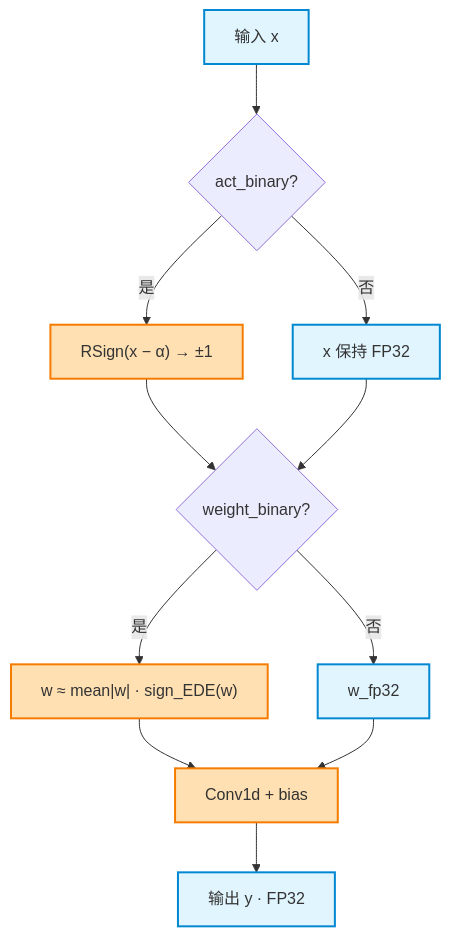
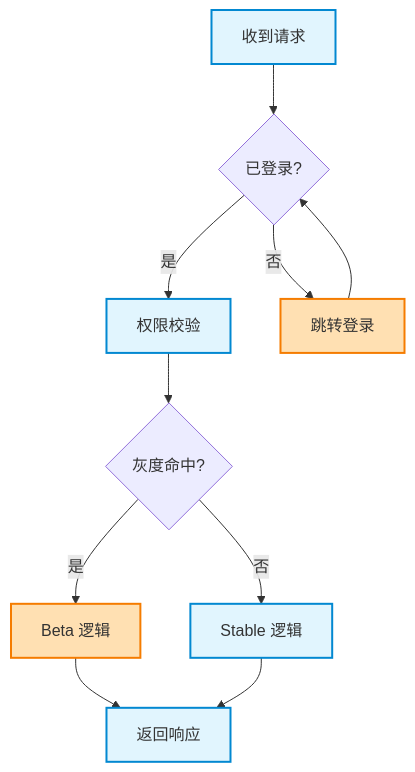
Before and after one commit to QJH-0/.ai-shared: the third of 5 diagrams in skills/mermaid-master/SKILL.md, drawn with Mermaid. The commit also changed other lines of this file and 8 other files, not shown here.

````diff
--- a/skills/mermaid-master/SKILL.md
+++ b/skills/mermaid-master/SKILL.md
@@ -116,16 +110,15 @@
 ```mermaid
 flowchart TD
-    classDef bin fill:#ffe0b2,stroke:#f57c00,stroke-width:2px
-    classDef fp fill:#e1f5fe,stroke:#0288d1,stroke-width:2px
+    classDef normal fill:#e1f5fe,stroke:#0288d1,stroke-width:2px
+    classDef special fill:#ffe0b2,stroke:#f57c00,stroke-width:2px
 
-    inp["输入 x"]:::fp --> d1{"act_binary?"}
-    d1 -->|"是"| act["RSign(x − α) → ±1"]:::bin
-    d1 -->|"否"| pass["x 保持 FP32"]:::fp
-    act --> d2{"weight_binary?"}
-    pass --> d2
-    d2 -->|"是"| wb["w ≈ mean|w| · sign_EDE(w)"]:::bin
-    d2 -->|"否"| wf["w_fp32"]:::fp
-    wb --> conv["Conv1d + bias"]:::bin
-    wf --> conv
-    conv --> out["输出 y · FP32"]:::fp
+    input["收到请求"]:::normal --> v1{"已登录?"}
+    v1 -->|"是"| check["权限校验"]:::normal
+    v1 -->|"否"| login["跳转登录"]:::special
+    login --> v1
+    check --> v2{"灰度命中?"}
+    v2 -->|"是"| beta["Beta 逻辑"]:::special
+    v2 -->|"否"| stable["Stable 逻辑"]:::normal
+    beta --> resp["返回响应"]:::normal
+    stable --> resp
 ```
````
